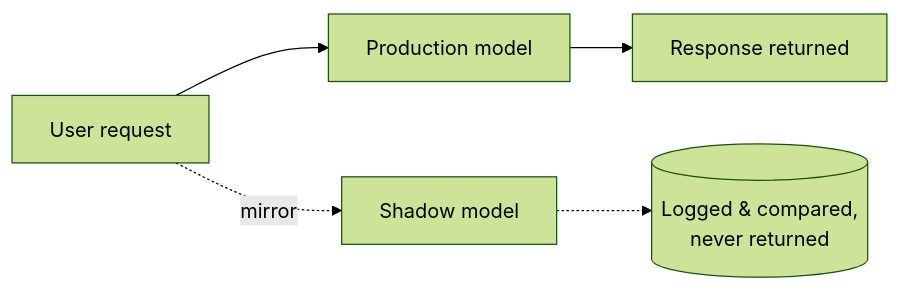
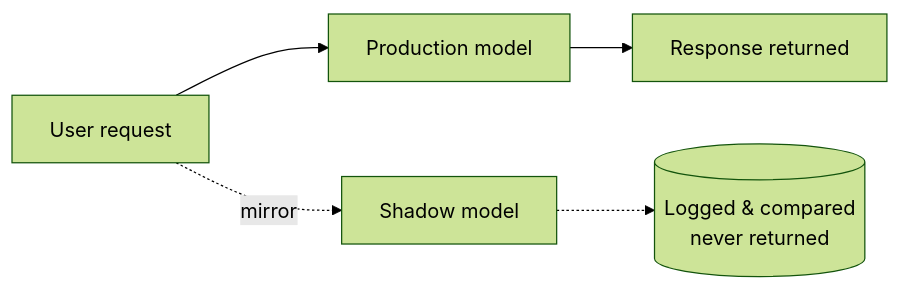
One commit to jerdog/talk-cloud-ai-engineering-patterns changed the second of 6 diagrams in slides.md. Above: the diagram before and after it, drawn with Mermaid (forest theme). The commit also changed other lines of this file and 6 other files, not shown here.

````diff
--- a/slides.md
+++ b/slides.md
@@ -300,7 +322,7 @@
 ```mermaid {scale: 0.85}
 flowchart LR
     U[User request] --> P[Production model]
     P --> Resp[Response returned]
     U -.mirror.-> S[Shadow model]
-    S -.-> L[(Logged & compared,\nnever returned)]
+    S -.-> L[("Logged & compared<br/>never returned")]
 ```
````
